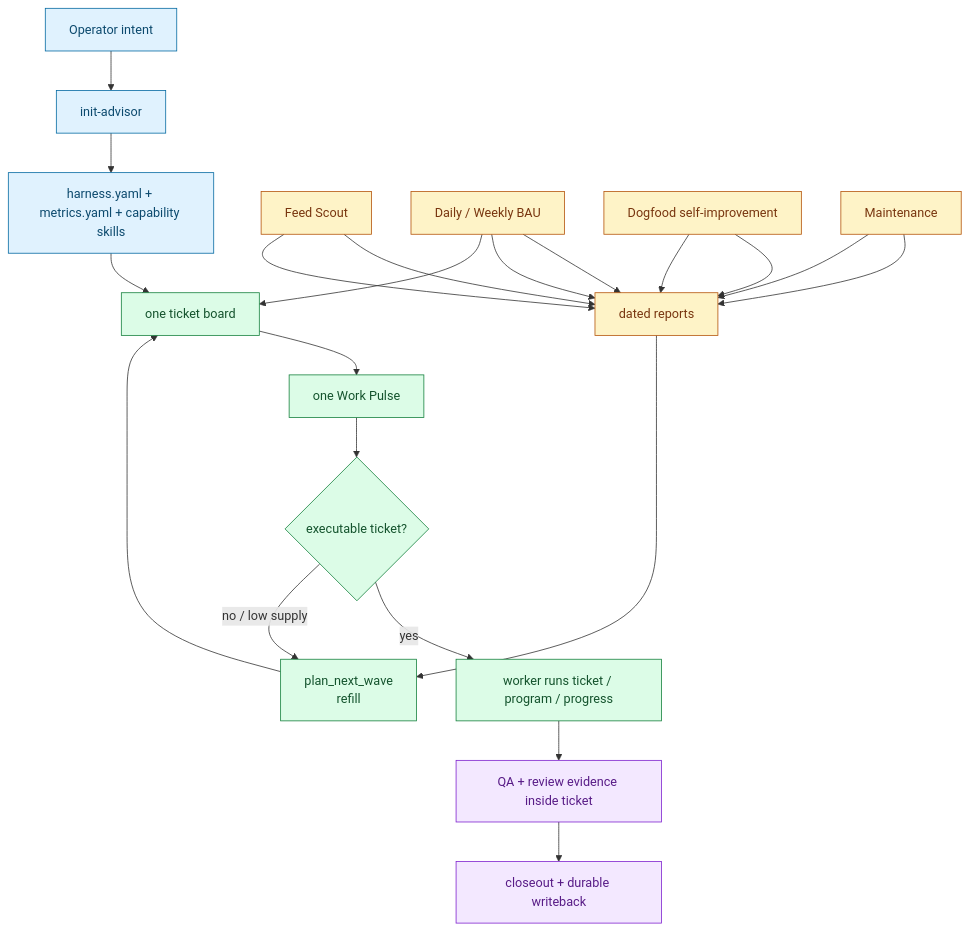
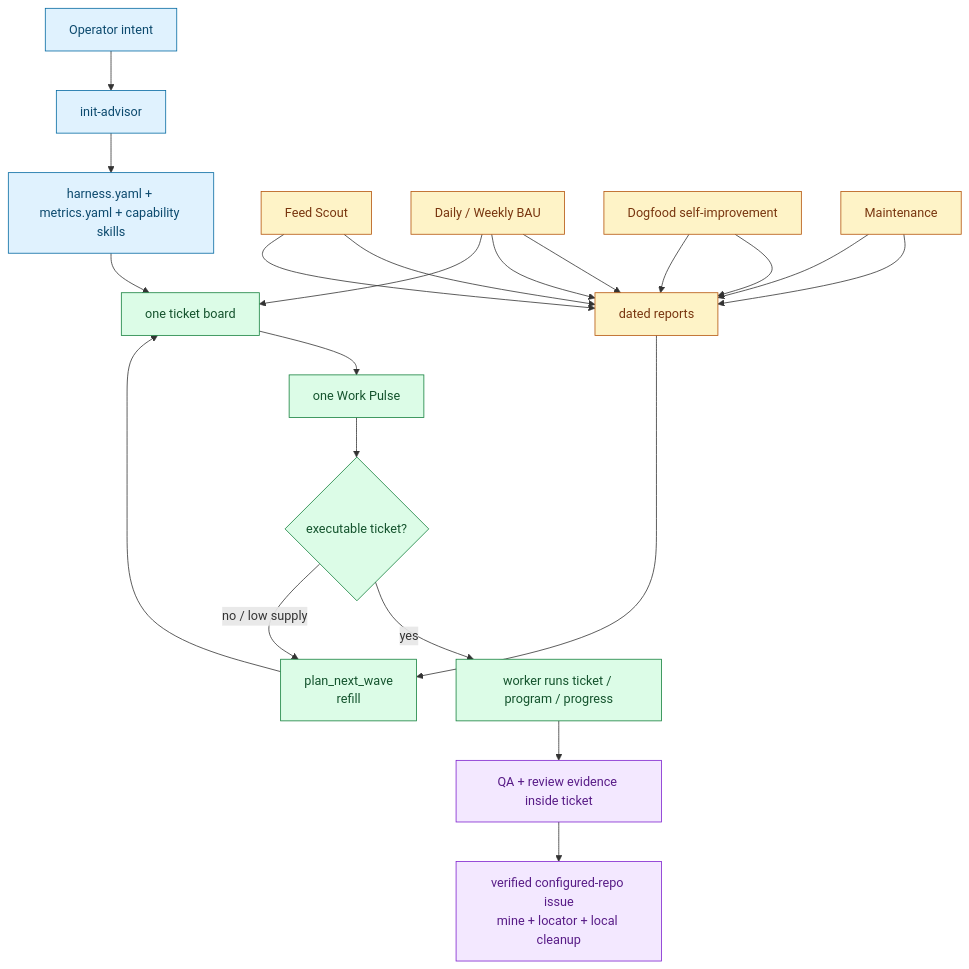
One commit to ZanarkandTechnologies/Farplane changed the diagram in docs/farplane-framework/lifecycle.md. Above: the diagram before and after it, drawn with Mermaid. The commit also changed other lines of this file and 12 other files, not shown here.

````diff
--- a/docs/farplane-framework/lifecycle.md
+++ b/docs/farplane-framework/lifecycle.md
@@ -70,29 +70,29 @@
 ```mermaid
 flowchart TD
   classDef program fill:#e0f2fe,stroke:#0369a1,color:#0c4a6e
   classDef work fill:#dcfce7,stroke:#15803d,color:#14532d
   classDef source fill:#fef3c7,stroke:#b45309,color:#78350f
   classDef proof fill:#f3e8ff,stroke:#7e22ce,color:#581c87
 
   A["Operator intent"]:::program --> B["init-advisor"]:::program
   B --> C["harness.yaml + metrics.yaml + capability skills"]:::program
   C --> D["one ticket board"]:::work
   D --> E["one Work Pulse"]:::work
   E --> F{"executable ticket?"}:::work
   F -->|yes| G["worker runs ticket / program / progress"]:::work
   F -->|no / low supply| H["plan_next_wave<br/>refill"]:::work
   H --> D
   G --> I["QA + review evidence inside ticket"]:::proof
-  I --> J["closeout + durable writeback"]:::proof
+  I --> J["verified configured-repo issue<br/>mine + locator + local cleanup"]:::proof
 
   K["Feed Scout"]:::source --> O
   L["Daily / Weekly BAU"]:::source --> O
   M["Dogfood self-improvement"]:::source --> O
   N["Maintenance"]:::source --> O
   K --> O["dated reports"]:::source
   L --> O
   M --> O
   N --> O
   L --> D
   O --> H
 ```
````
